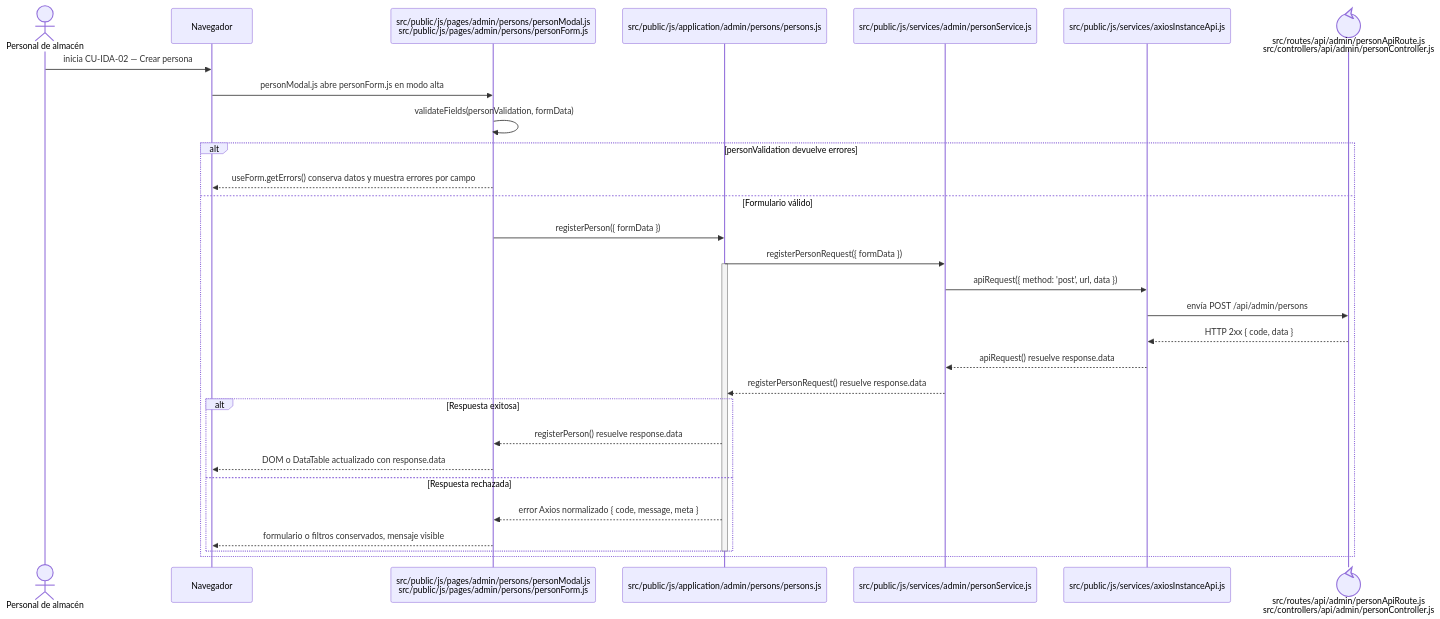
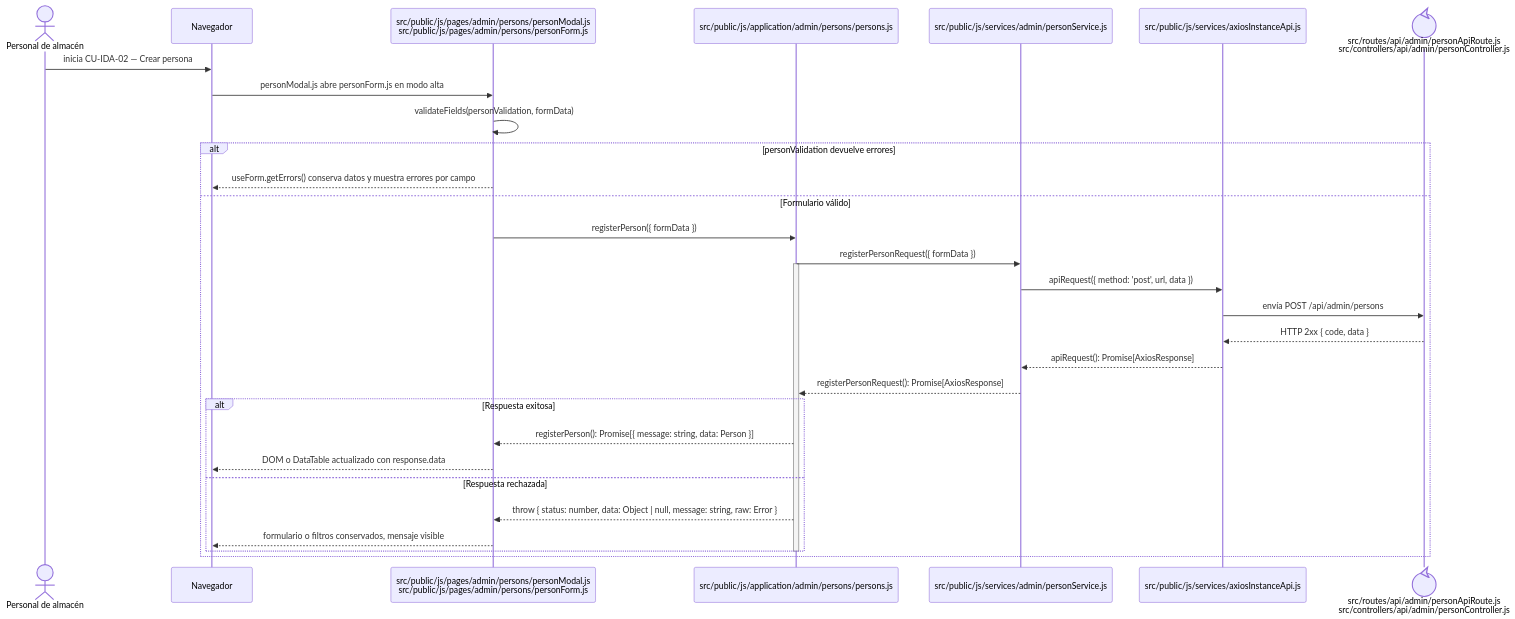
The diagram in docs/architecture/frontend-code-sequences/identity-access/cu-ida-02.md (gpgsistemas01/nexus), drawn with Mermaid before and after one commit. The commit also changed 146 other files, not shown here.

````diff
--- a/docs/architecture/frontend-code-sequences/identity-access/cu-ida-02.md
+++ b/docs/architecture/frontend-code-sequences/identity-access/cu-ida-02.md
@@ -6,34 +6,34 @@
 ```mermaid
 sequenceDiagram
     actor Initiator as Personal de almacén
     participant Browser as Navegador
     participant View as src/public/js/pages/admin/persons/personModal.js<br/>src/public/js/pages/admin/persons/personForm.js
     participant Application as src/public/js/application/admin/persons/persons.js
     participant Request as src/public/js/services/admin/personService.js
     participant HTTP as src/public/js/services/axiosInstanceApi.js
     participant Transport@{ "type": "control" } as src/routes/api/admin/personApiRoute.js<br/>src/controllers/api/admin/personController.js
 
     Initiator->>Browser: inicia CU-IDA-02 — Crear persona
     Browser->>View: personModal.js abre personForm.js en modo alta
     View->>View: validateFields(personValidation, formData)
     alt personValidation devuelve errores
         View-->>Browser: useForm.getErrors() conserva datos y muestra errores por campo
     else Formulario válido
         View->>Application: registerPerson({ formData })
         Application->>Request: registerPersonRequest({ formData })
         activate Application
         Request->>HTTP: apiRequest({ method: 'post', url, data })
         HTTP->>Transport: envía POST /api/admin/persons
         Transport-->>HTTP: HTTP 2xx { code, data }
-        HTTP-->>Request: apiRequest() resuelve response.data
-        Request-->>Application: registerPersonRequest() resuelve response.data
+        HTTP-->>Request: apiRequest(): Promise[AxiosResponse]
+        Request-->>Application: registerPersonRequest(): Promise[AxiosResponse]
         alt Respuesta exitosa
-            Application-->>View: registerPerson() resuelve response.data
+            Application-->>View: registerPerson(): Promise[{ message: string, data: Person }]
             View-->>Browser: DOM o DataTable actualizado con response.data
         else Respuesta rechazada
-            Application-->>View: error Axios normalizado { code, message, meta }
+            Application-->>View: throw { status: number, data: Object | null, message: string, raw: Error }
             View-->>Browser: formulario o filtros conservados, mensaje visible
         end
         deactivate Application
     end
 ```
````
